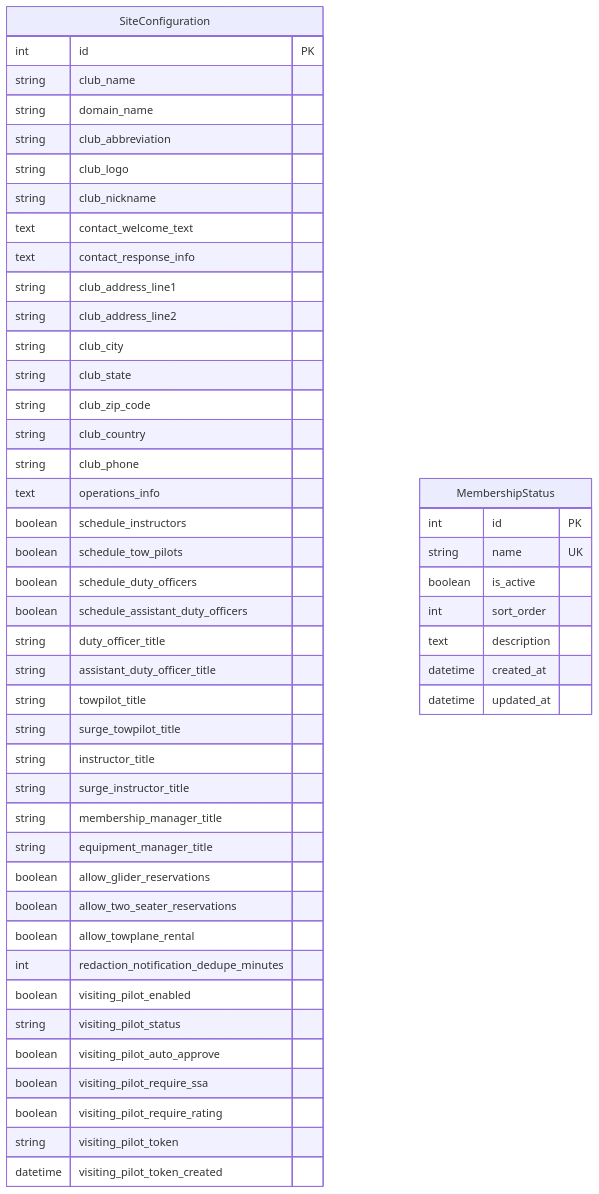
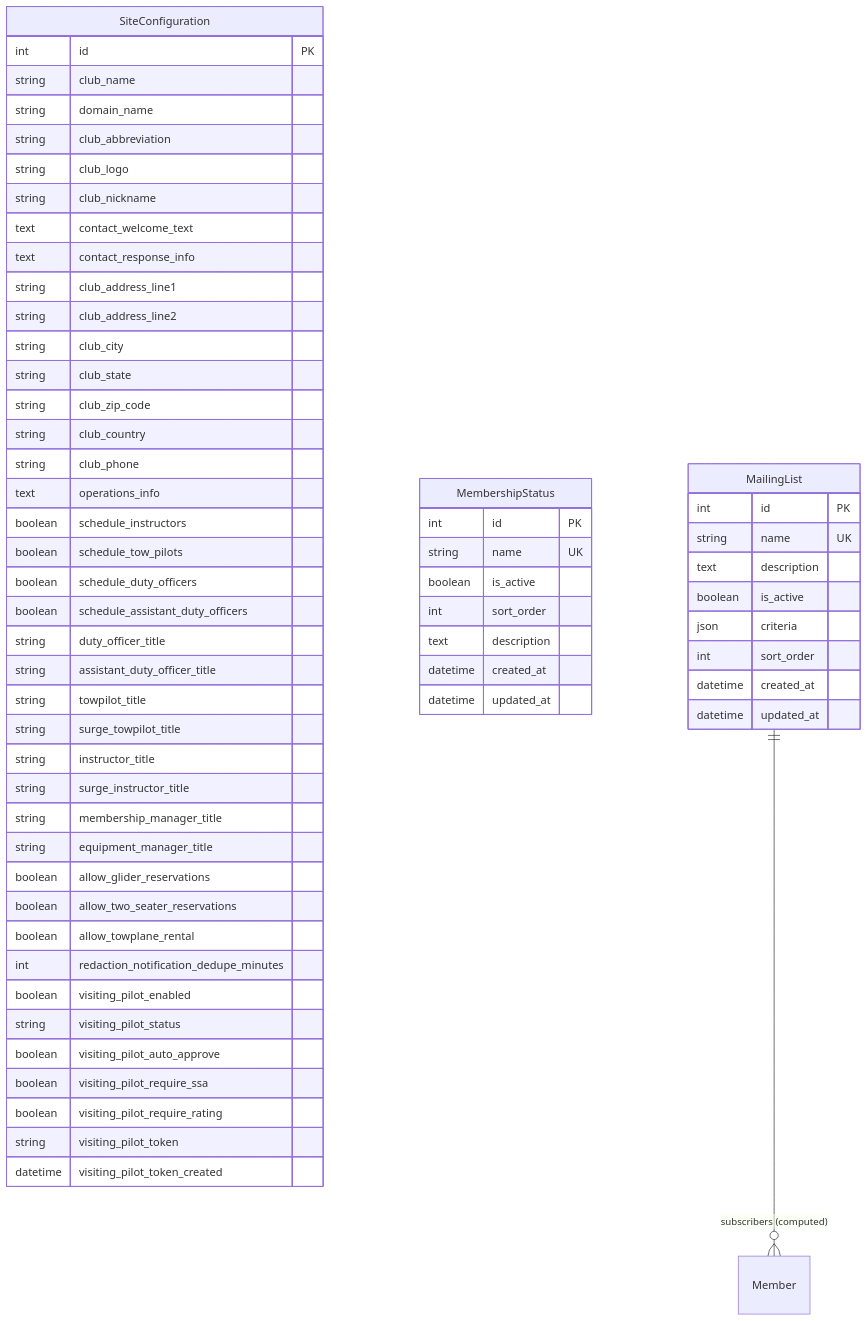
The diagram in siteconfig/docs/models.md (pietbarber/Manage2Soar), drawn with Mermaid before and after one commit. The commit also changed other lines of this file and 1 other file, not shown here.

First line of the commit message:
Add documentation for Issue #353 Mailing List Management

````diff
--- a/siteconfig/docs/models.md
+++ b/siteconfig/docs/models.md
@@ -9,54 +9,67 @@
 ```mermaid
 erDiagram
     SiteConfiguration {
         int id PK
         string club_name
         string domain_name
         string club_abbreviation
         string club_logo
         string club_nickname
         text contact_welcome_text
         text contact_response_info
         string club_address_line1
         string club_address_line2
         string club_city
         string club_state
         string club_zip_code
         string club_country
         string club_phone
         text operations_info
         boolean schedule_instructors
         boolean schedule_tow_pilots
         boolean schedule_duty_officers
         boolean schedule_assistant_duty_officers
         string duty_officer_title
         string assistant_duty_officer_title
         string towpilot_title
         string surge_towpilot_title
         string instructor_title
         string surge_instructor_title
         string membership_manager_title
         string equipment_manager_title
         boolean allow_glider_reservations
         boolean allow_two_seater_reservations
         boolean allow_towplane_rental
         int redaction_notification_dedupe_minutes
         boolean visiting_pilot_enabled
         string visiting_pilot_status
         boolean visiting_pilot_auto_approve
         boolean visiting_pilot_require_ssa
         boolean visiting_pilot_require_rating
         string visiting_pilot_token
         datetime visiting_pilot_token_created
     }
 
     MembershipStatus {
         int id PK
         string name UK
         boolean is_active
         int sort_order
         text description
         datetime created_at
         datetime updated_at
     }
+
+    MailingList {
+        int id PK
+        string name UK
+        text description
+        boolean is_active
+        json criteria
+        int sort_order
+        datetime created_at
+        datetime updated_at
+    }
+
+    MailingList ||--o{ Member : "subscribers (computed)"
 ```
````
